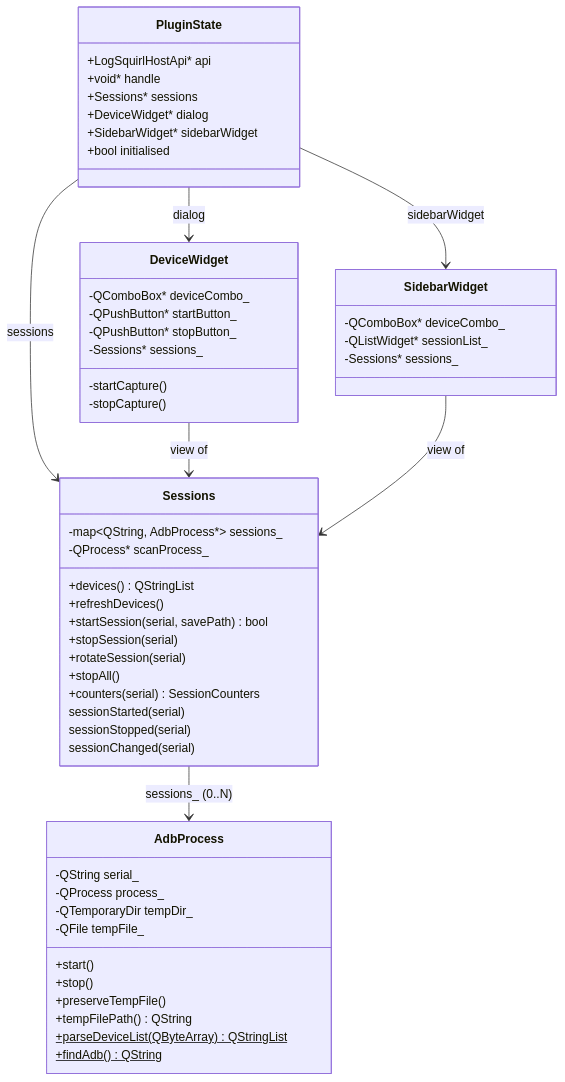
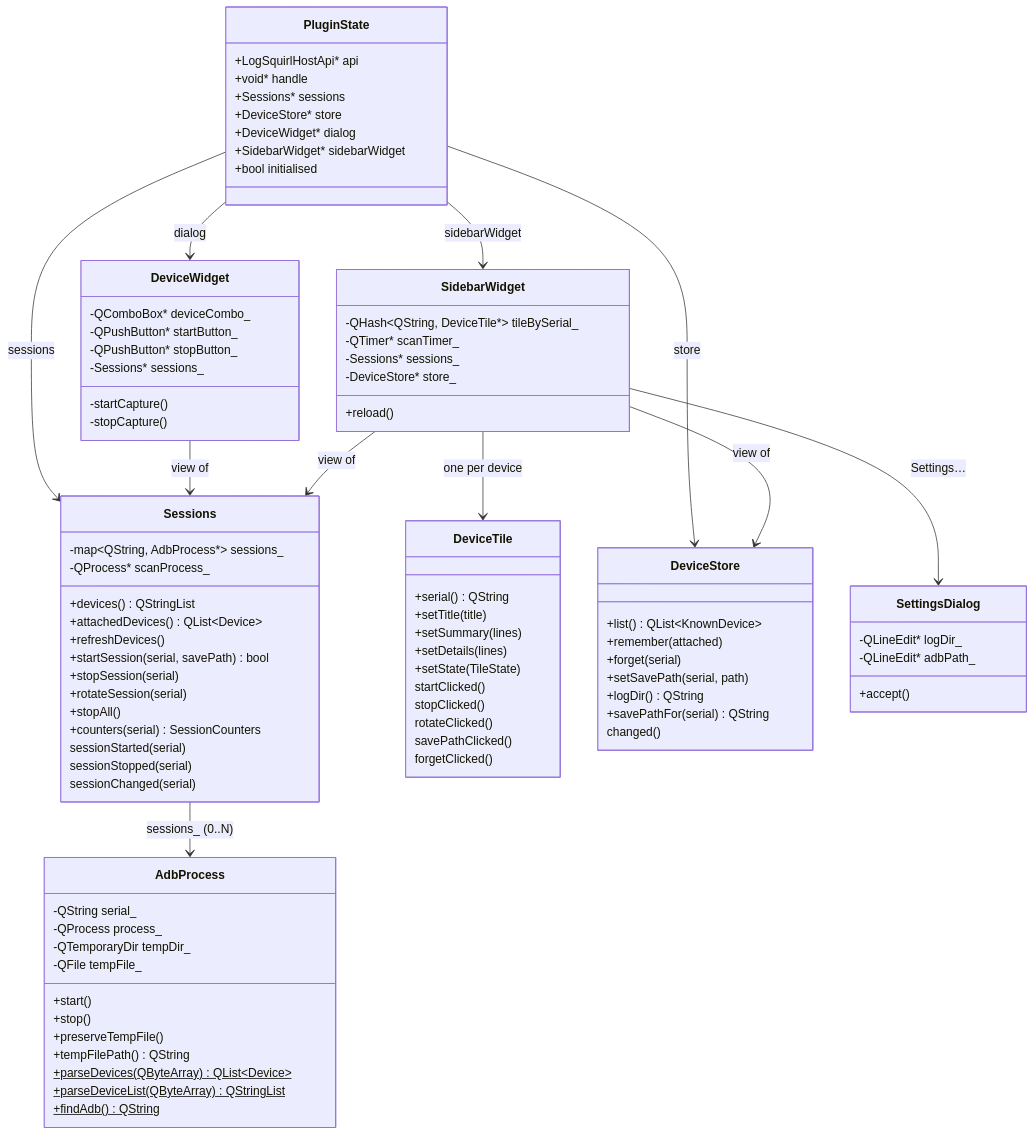
The second of 2 diagrams in docs/DEVELOPER_GUIDE.md (64x-lunicorn/LogSquirl-Logcat), drawn with Mermaid before and after one commit. The commit also changed other lines of this file and 26 other files, not shown here.

````diff
--- a/docs/DEVELOPER_GUIDE.md
+++ b/docs/DEVELOPER_GUIDE.md
@@ -323,6 +323,7 @@
         +LogSquirlHostApi* api
         +void* handle
         +Sessions* sessions
+        +DeviceStore* store
         +DeviceWidget* dialog
         +SidebarWidget* sidebarWidget
         +bool initialised
@@ -332,6 +333,7 @@
         -map~QString, AdbProcess*~ sessions_
         -QProcess* scanProcess_
         +devices() QStringList
+        +attachedDevices() QList~Device~
         +refreshDevices()
         +startSession(serial, savePath) bool
         +stopSession(serial)
@@ -353,9 +355,40 @@
     }
 
     class SidebarWidget {
-        -QComboBox* deviceCombo_
-        -QListWidget* sessionList_
+        -QHash~QString, DeviceTile*~ tileBySerial_
+        -QTimer* scanTimer_
         -Sessions* sessions_
+        -DeviceStore* store_
+        +reload()
+    }
+
+    class DeviceTile {
+        +serial() QString
+        +setTitle(title)
+        +setSummary(lines)
+        +setDetails(lines)
+        +setState(TileState)
+        startClicked()
+        stopClicked()
+        rotateClicked()
+        savePathClicked()
+        forgetClicked()
+    }
+
+    class DeviceStore {
+        +list() QList~KnownDevice~
+        +remember(attached)
+        +forget(serial)
+        +setSavePath(serial, path)
+        +logDir() QString
+        +savePathFor(serial) QString
+        changed()
+    }
+
+    class SettingsDialog {
+        -QLineEdit* logDir_
+        -QLineEdit* adbPath_
+        +accept()
     }
 
     class AdbProcess {
@@ -367,14 +400,19 @@
         +stop()
         +preserveTempFile()
         +tempFilePath() QString
+        +parseDevices(QByteArray)$ QList~Device~
         +parseDeviceList(QByteArray)$ QStringList
         +findAdb()$ QString
     }
 
     PluginState --> Sessions : sessions
+    PluginState --> DeviceStore : store
     PluginState --> DeviceWidget : dialog
     PluginState --> SidebarWidget : sidebarWidget
     DeviceWidget --> Sessions : view of
     SidebarWidget --> Sessions : view of
+    SidebarWidget --> DeviceStore : view of
+    SidebarWidget --> DeviceTile : one per device
+    SidebarWidget --> SettingsDialog : Settings…
     Sessions --> AdbProcess : sessions_ (0..N)
 ```
````
